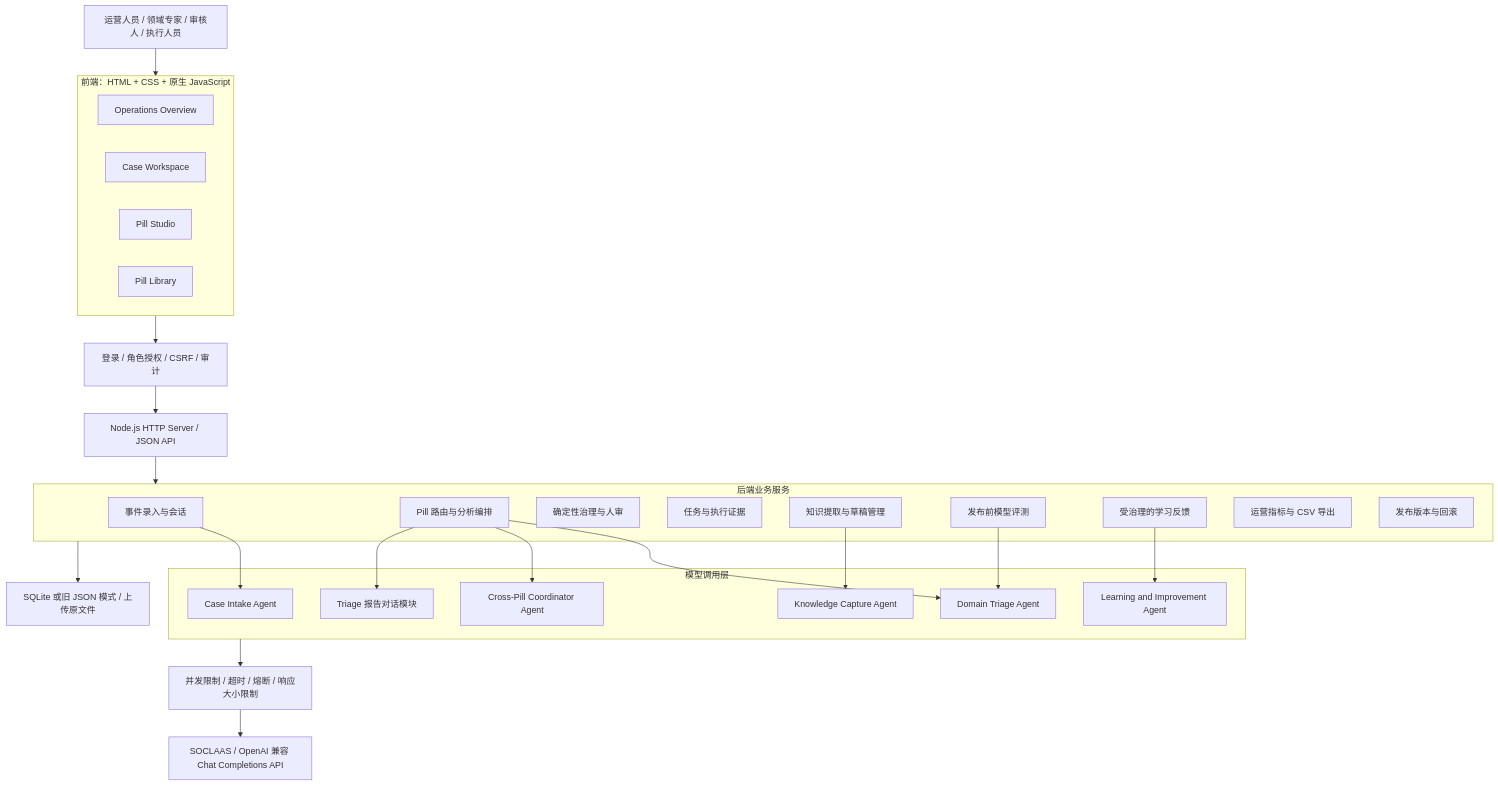
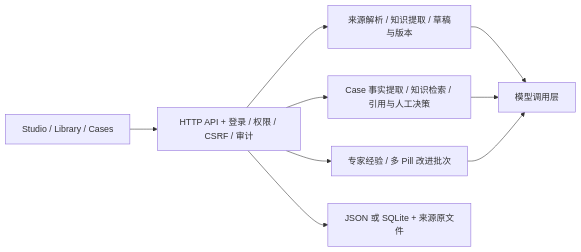
Before and after one commit to zhusr0214-ivy/AssetOps-Intelligence-Pill: the diagram in README.md, drawn with Mermaid. The commit also changed other lines of this file and 10 other files, not shown here.

````diff
--- a/README.md
+++ b/README.md
@@ -33,43 +154,11 @@
 ```mermaid
-flowchart TB
-    Users[运营人员 / 领域专家 / 审核人 / 执行人员]
-    subgraph UI[前端：HTML + CSS + 原生 JavaScript]
-      Overview[Operations Overview]
-      Cases[Case Workspace]
-      Studio[Pill Studio]
-      Library[Pill Library]
-    end
-    Users --> UI
-    UI --> Auth[登录 / 角色授权 / CSRF / 审计]
-    Auth --> API[Node.js HTTP Server / JSON API]
-    subgraph Business[后端业务服务]
-      Intake[事件录入与会话]
-      Triage[Pill 路由与分析编排]
-      Governance[确定性治理与人审]
-      Tasks[任务与执行证据]
-      Knowledge[知识提取与草稿管理]
-      Evaluation[发布前模型评测]
-      Learning[受治理的学习反馈]
-      Metrics[运营指标与 CSV 导出]
-      Versions[发布版本与回滚]
-    end
-    API --> Business
-    subgraph AI[模型调用层]
-      IA[Case Intake Agent]
-      TA[Domain Triage Agent]
-      CA[Cross-Pill Coordinator Agent]
-      QA[Triage 报告对话模块]
-      KA[Knowledge Capture Agent]
-      LA[Learning and Improvement Agent]
-    end
-    Intake --> IA
-    Triage --> TA
-    Triage --> CA
-    Triage --> QA
-    Knowledge --> KA
-    Learning --> LA
-    Evaluation --> TA
-    AI --> Transport[并发限制 / 超时 / 熔断 / 响应大小限制]
-    Transport --> Provider[SOCLAAS / OpenAI 兼容 Chat Completions API]
-    Business --> Storage[SQLite 或旧 JSON 模式 / 上传原文件]
+flowchart LR
+    UI[Studio / Library / Cases] --> API[HTTP API + 登录 / 权限 / CSRF / 审计]
+    API --> Knowledge[来源解析 / 知识提取 / 草稿与版本]
+    API --> Chat[Case 事实提取 / 知识检索 / 引用与人工决策]
+    API --> Improvement[专家经验 / 多 Pill 改进批次]
+    Knowledge --> Model[模型调用层]
+    Chat --> Model
+    Improvement --> Model
+    API --> Storage[JSON 或 SQLite + 来源原文件]
 ```
````
